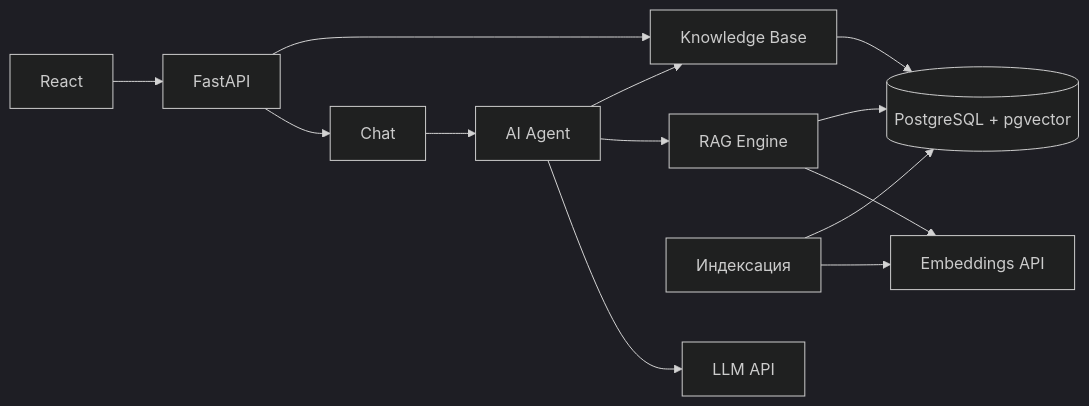
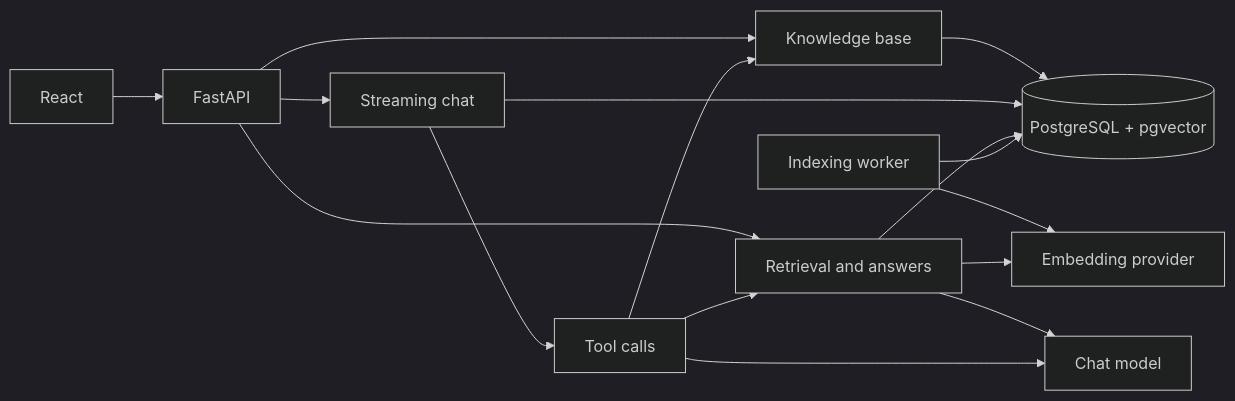
Before and after one commit to shpilll/private-ai-assistent: the diagram in README.md, drawn with Mermaid (dark theme). The commit also changed other lines of this file and 12 other files, not shown here.

````diff
--- a/README.md
+++ b/README.md
@@ -112,15 +48,18 @@
 ```mermaid
 flowchart LR
     UI[React] --> API[FastAPI]
-    API --> KB[Knowledge Base]
-    API --> Chat[Chat]
-    Chat --> Agent[AI Agent]
+    API --> KB[Knowledge base]
+    API --> Chat[Streaming chat]
+    Chat --> Agent[Tool calls]
     Agent --> KB
-    Agent --> RAG[RAG Engine]
+    API --> RAG[Retrieval and answers]
+    Agent --> RAG
     KB --> DB[(PostgreSQL + pgvector)]
+    Chat --> DB
     RAG --> DB
-    Worker[Индексация] --> DB
-    Worker --> Emb[Embeddings API]
+    Worker[Indexing worker] --> DB
+    Worker --> Emb[Embedding provider]
     RAG --> Emb
-    Agent --> LLM[LLM API]
+    RAG --> LLM[Chat model]
+    Agent --> LLM
 ```
````
